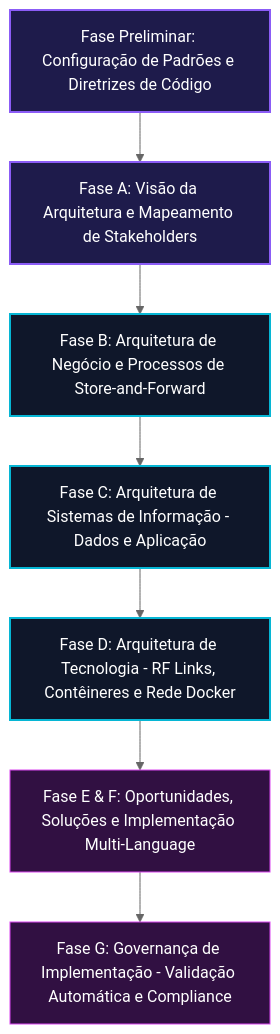
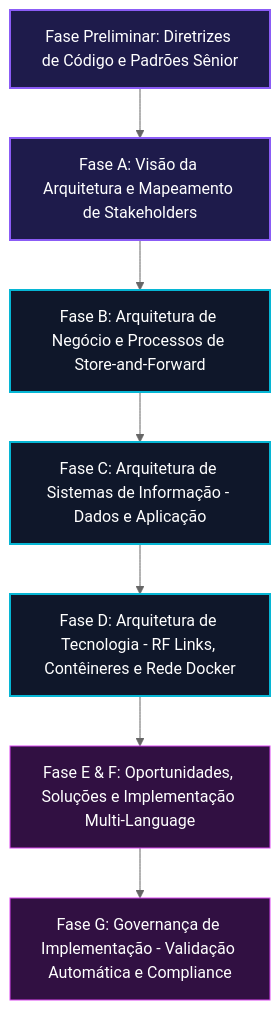
Before and after one commit to Chronos-DTN/chronos-dtn-ecosystem: the diagram in governance/README.md, drawn with Mermaid (neutral theme). The commit also changed other lines of this file and 5 other files, not shown here.

````diff
--- a/governance/README.md
+++ b/governance/README.md
@@ -21,21 +24,21 @@
 ```mermaid
 graph TD
     %% Por que: Representa a jornada de desenvolvimento do projeto mapeada sob o ciclo ADM do TOGAF v10.
     %% Por que: Nós representam as fases clássicas do TOGAF adaptadas ao contexto acadêmico e técnico.
 
-    F_PRE[Fase Preliminar: Configuração de Padrões e Diretrizes de Código] --> F_A[Fase A: Visão da Arquitetura e Mapeamento de Stakeholders]
+    F_PRE[Fase Preliminar: Diretrizes de Código e Padrões Sênior] --> F_A[Fase A: Visão da Arquitetura e Mapeamento de Stakeholders]
     F_A --> F_B[Fase B: Arquitetura de Negócio e Processos de Store-and-Forward]
     F_B --> F_C[Fase C: Arquitetura de Sistemas de Informação - Dados e Aplicação]
     F_C --> F_D[Fase D: Arquitetura de Tecnologia - RF Links, Contêineres e Rede Docker]
     F_D --> F_E[Fase E & F: Oportunidades, Soluções e Implementação Multi-Language]
     F_E --> F_G[Fase G: Governança de Implementação - Validação Automática e Compliance]
 
     %% Estilização do Ciclo TOGAF
     style F_PRE fill:#1e1b4b,stroke:#8b5cf6,stroke-width:2px,color:#ffffff
     style F_A fill:#1e1b4b,stroke:#8b5cf6,stroke-width:2px,color:#ffffff
     style F_B fill:#0f172a,stroke:#06b6d4,stroke-width:2px,color:#ffffff
     style F_C fill:#0f172a,stroke:#06b6d4,stroke-width:2px,color:#ffffff
     style F_D fill:#0f172a,stroke:#06b6d4,stroke-width:2px,color:#ffffff
     style F_E fill:#311042,stroke:#d946ef,stroke-width:1px,color:#ffffff
     style F_G fill:#311042,stroke:#d946ef,stroke-width:1px,color:#ffffff
 ```
````
